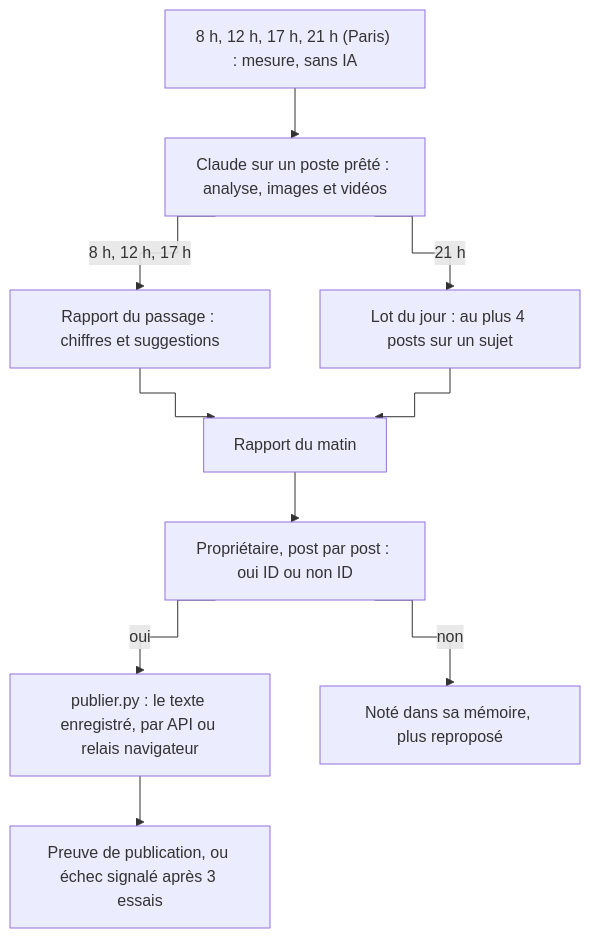
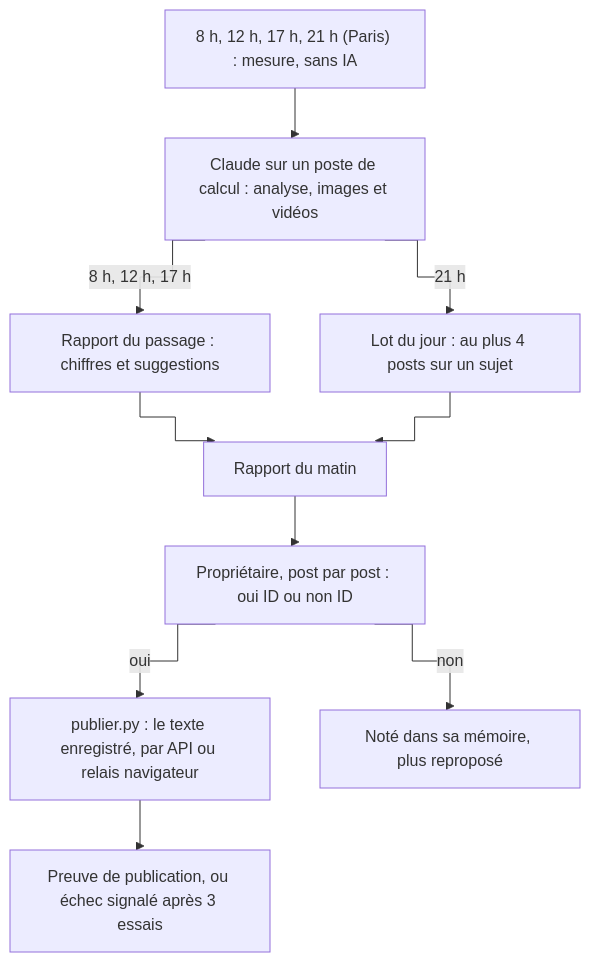
Before and after one commit to anthohunt/agent-reseaux-sociaux: the second of 2 diagrams in README.md, drawn with Mermaid. The commit also changed other lines of this file, not shown here.

First line of the commit message:
README : « poste de calcul » au lieu de « poste prêté » (S1411-52)

````diff
--- a/README.md
+++ b/README.md
@@ -144,13 +144,13 @@
 ```mermaid
 %%{init: {"flowchart": {"curve": "step"}}}%%
 flowchart TD
-    A["8 h, 12 h, 17 h, 21 h (Paris) : mesure, sans IA"] --> B["Claude sur un poste prêté : analyse, images et vidéos"]
+    A["8 h, 12 h, 17 h, 21 h (Paris) : mesure, sans IA"] --> B["Claude sur un poste de calcul : analyse, images et vidéos"]
     B -->|"8 h, 12 h, 17 h"| C["Rapport du passage : chiffres et suggestions"]
     B -->|"21 h"| D["Lot du jour : au plus 4 posts sur un sujet"]
     C --> E["Rapport du matin"]
     D --> E
     E --> F["Propriétaire, post par post : oui ID ou non ID"]
     F -->|"oui"| G["publier.py : le texte enregistré, par API ou relais navigateur"]
     G --> H["Preuve de publication, ou échec signalé après 3 essais"]
     F -->|"non"| I["Noté dans sa mémoire, plus reproposé"]
 ```
````
